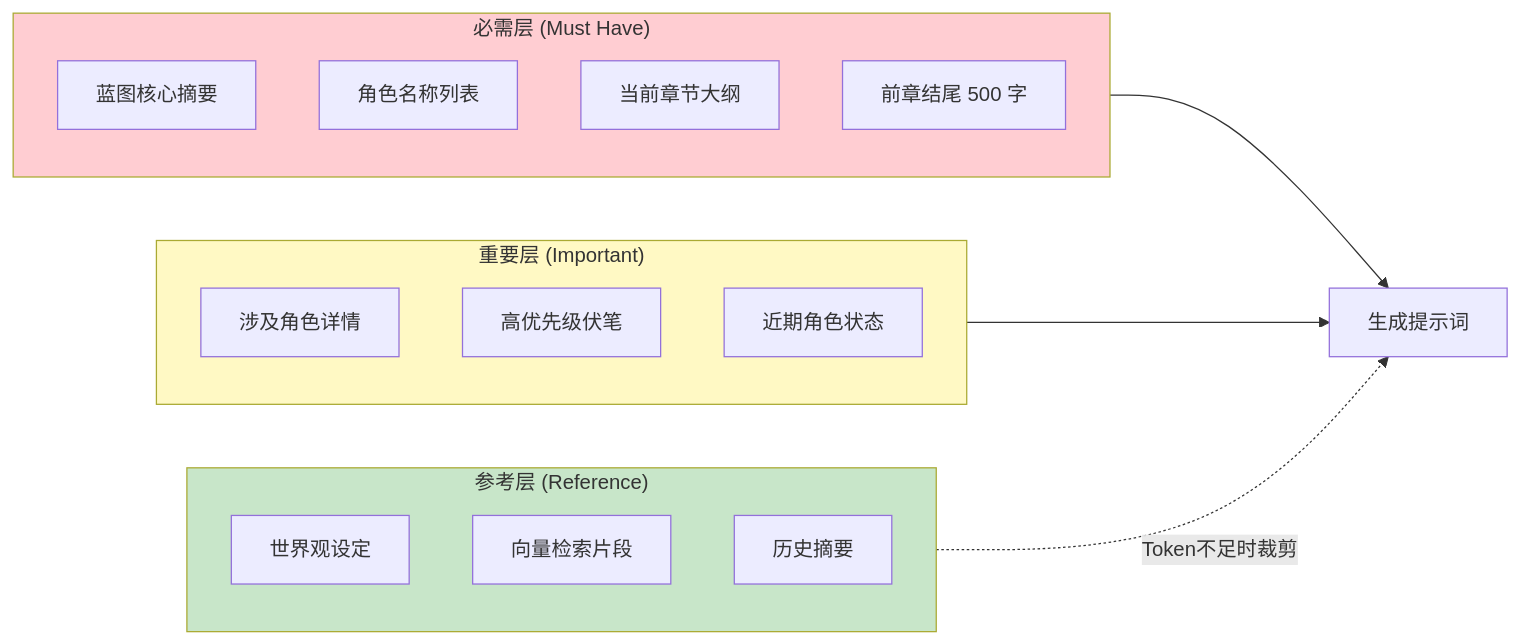
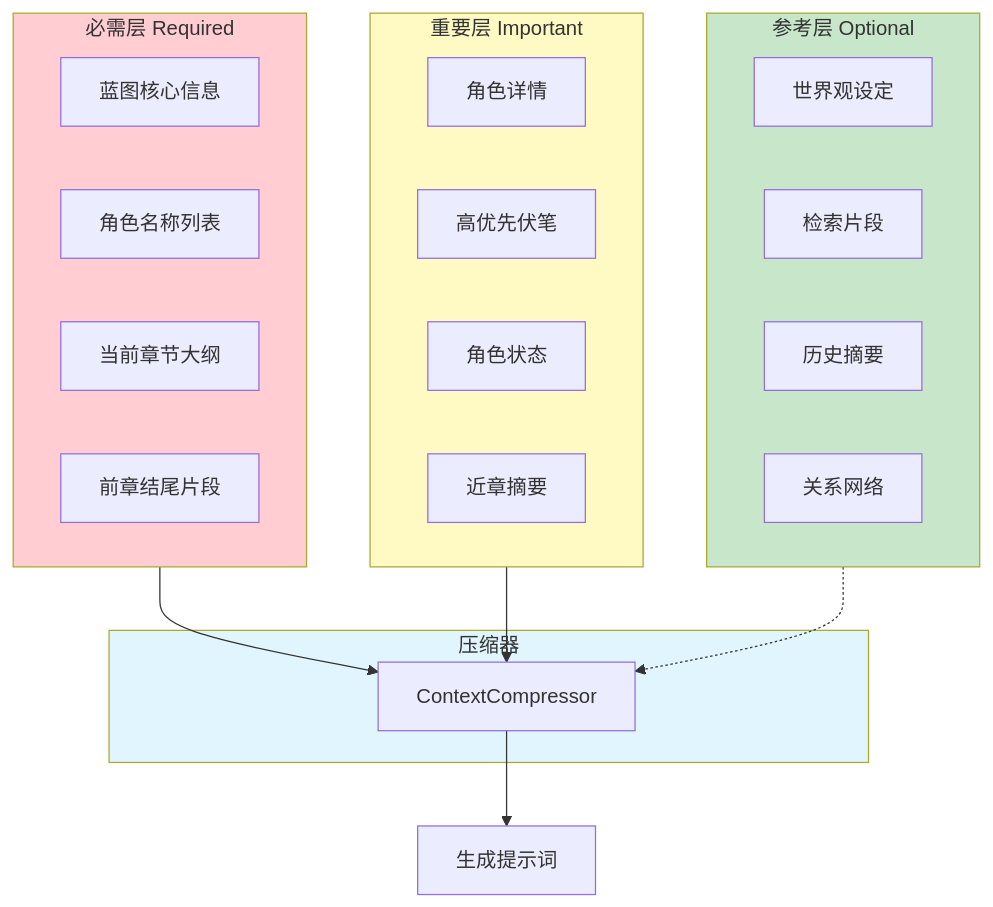
One commit to GTJasonMK/AFN changed the third of 6 diagrams in README.md. Above: the diagram before and after it, drawn with Mermaid. The commit also changed other lines of this file, not shown here.

````diff
--- a/README.md
+++ b/README.md
@@ -198,29 +206,37 @@
 ```mermaid
-flowchart LR
-    subgraph 必需层["必需层 (Must Have)"]
-        M1[蓝图核心摘要]
-        M2[角色名称列表]
-        M3[当前章节大纲]
-        M4[前章结尾 500 字]
+flowchart TB
+    subgraph R["必需层 Required"]
+        R1["蓝图核心信息"]
+        R2["角色名称列表"]
+        R3["当前章节大纲"]
+        R4["前章结尾片段"]
     end
 
-    subgraph 重要层["重要层 (Important)"]
-        I1[涉及角色详情]
-        I2[高优先级伏笔]
-        I3[近期角色状态]
+    subgraph I["重要层 Important"]
+        I1["角色详情"]
+        I2["高优先伏笔"]
+        I3["角色状态"]
+        I4["近章摘要"]
     end
 
-    subgraph 参考层["参考层 (Reference)"]
-        R1[世界观设定]
-        R2[向量检索片段]
-        R3[历史摘要]
+    subgraph O["参考层 Optional"]
+        O1["世界观设定"]
+        O2["检索片段"]
+        O3["历史摘要"]
+        O4["关系网络"]
     end
 
-    必需层 --> 生成提示词
-    重要层 --> 生成提示词
-    参考层 -.->|Token不足时裁剪| 生成提示词
+    subgraph C["压缩器"]
+        CC["ContextCompressor"]
+    end
 
-    style 必需层 fill:#ffcdd2
-    style 重要层 fill:#fff9c4
-    style 参考层 fill:#c8e6c9
+    R --> CC
+    I --> CC
+    O -.-> CC
+    CC --> OUT["生成提示词"]
+
+    style R fill:#ffcdd2
+    style I fill:#fff9c4
+    style O fill:#c8e6c9
+    style C fill:#e1f5fe
 ```
````
